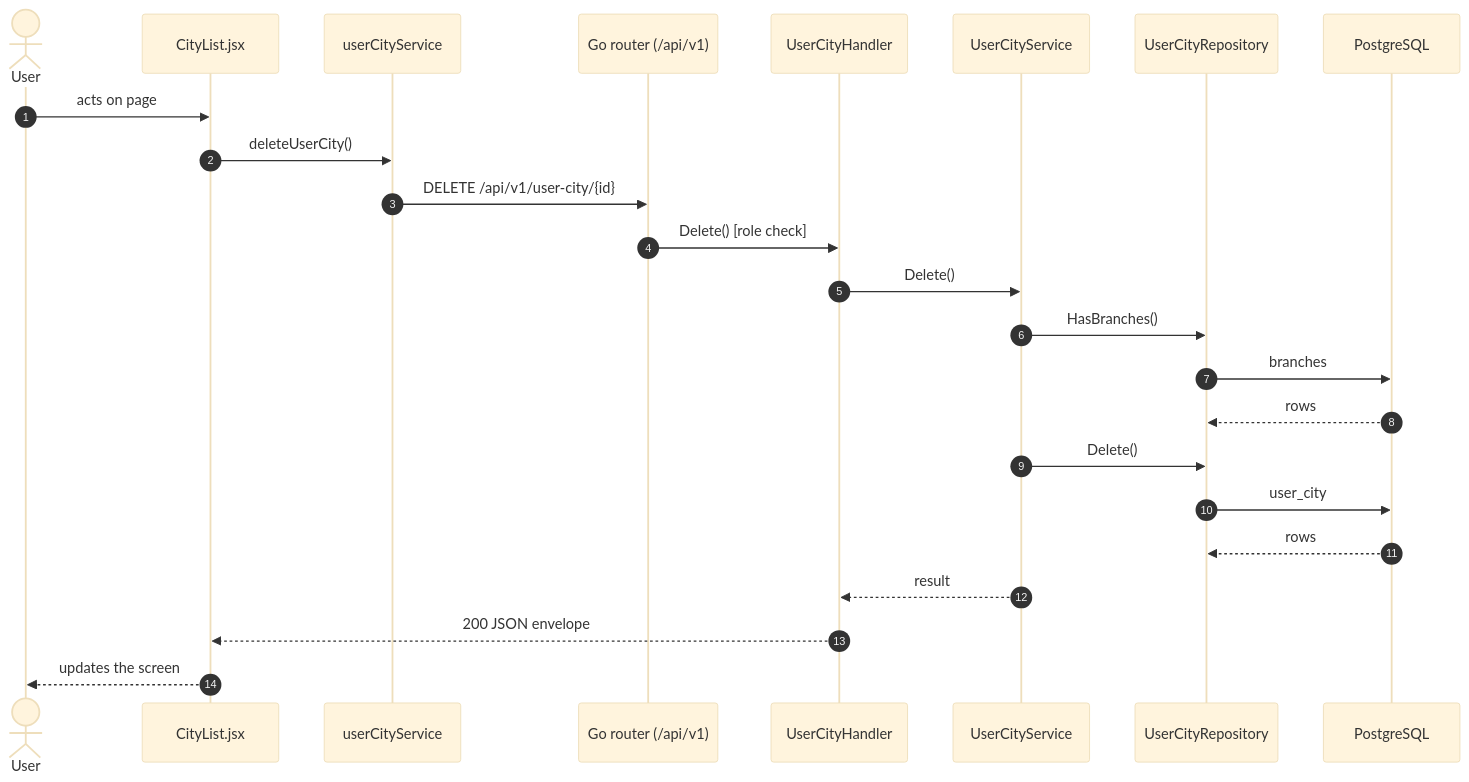
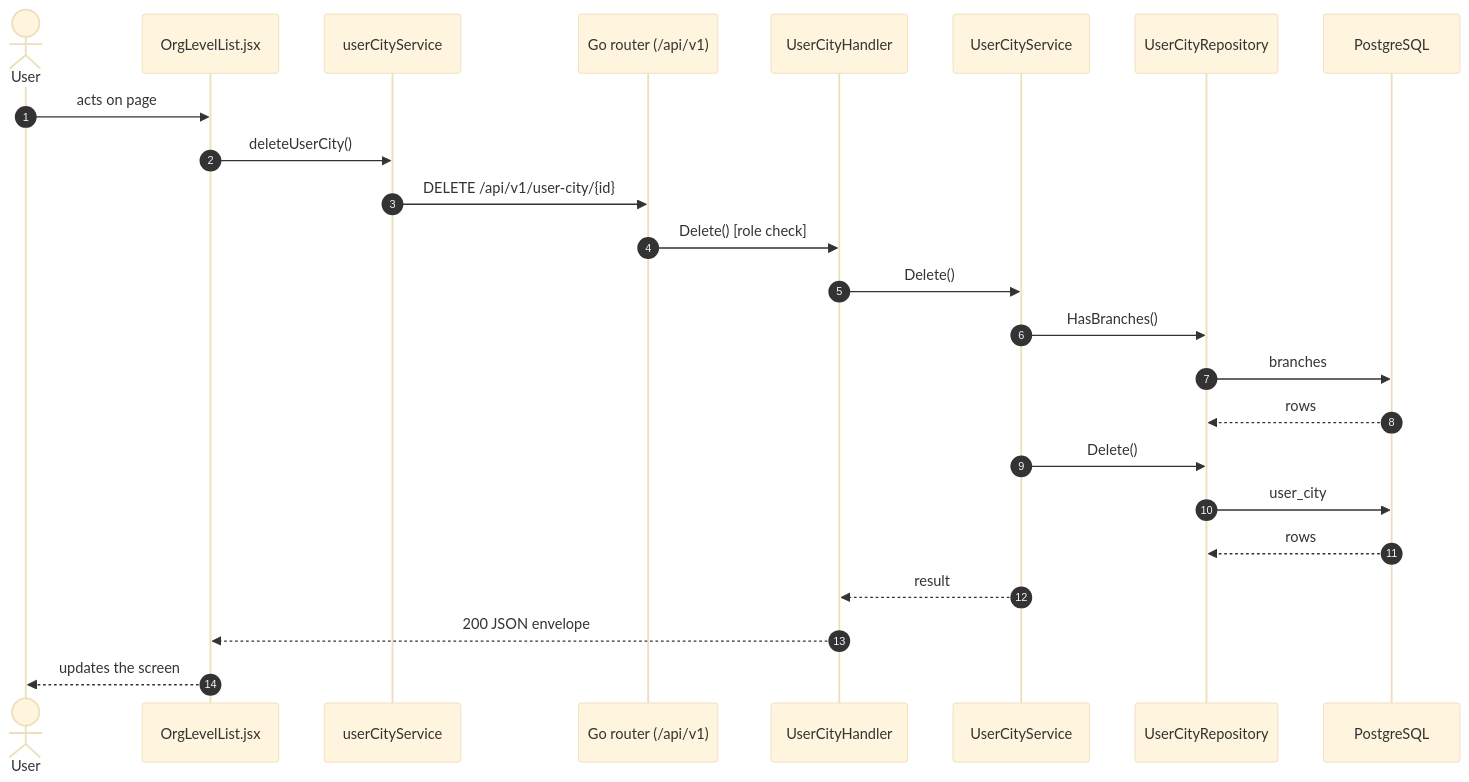
One commit to hirenenliven/7th-sense-client changed the second of 3 diagrams in docs/pages/org-cities.md. Above: the diagram before and after it, drawn with Mermaid (base theme). The commit also changed other lines of this file and 143 other files, not shown here.

First line of the commit message:
feat: live machine data over Socket.IO, shared org-level screens, and user machine filters

````diff
--- a/docs/pages/org-cities.md
+++ b/docs/pages/org-cities.md
@@ -65,26 +65,26 @@
 ```mermaid
 sequenceDiagram
   autonumber
   actor User
-  participant Page as CityList.jsx
+  participant Page as OrgLevelList.jsx
   participant userCityService
   participant API as Go router (/api/v1)
   participant UserCityHandler
   participant UserCityService
   participant UserCityRepository
   participant DB as PostgreSQL
   User->>Page: acts on page
   Page->>userCityService: deleteUserCity()
   userCityService->>API: DELETE /api/v1/user-city/{id}
   API->>UserCityHandler: Delete() [role check]
   UserCityHandler->>UserCityService: Delete()
   UserCityService->>UserCityRepository: HasBranches()
   UserCityRepository->>DB: branches
   DB-->>UserCityRepository: rows
   UserCityService->>UserCityRepository: Delete()
   UserCityRepository->>DB: user_city
   DB-->>UserCityRepository: rows
   UserCityService-->>UserCityHandler: result
   UserCityHandler-->>Page: 200 JSON envelope
   Page-->>User: updates the screen
 ```
````
